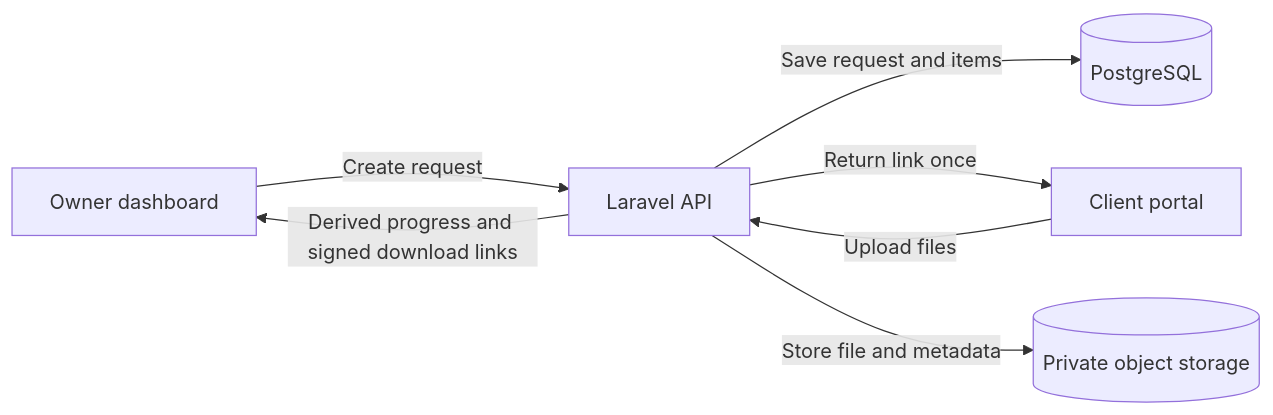
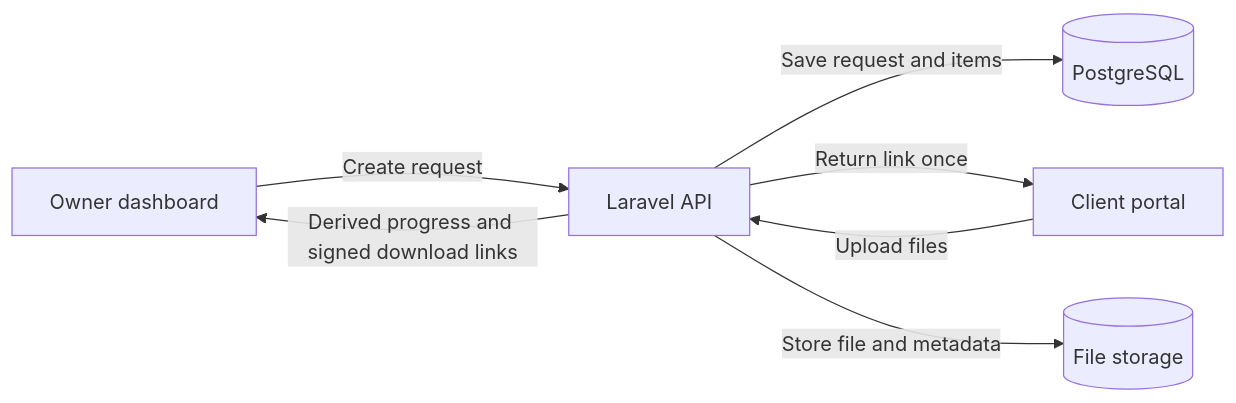
One commit to saeedhosan/sendocs changed the diagram in README.md. Above: the diagram before and after it, drawn with Mermaid. The commit also changed other lines of this file, not shown here.

````diff
--- a/README.md
+++ b/README.md
@@ -20,9 +20,9 @@
 ```mermaid
 flowchart LR
     Owner[Owner dashboard] -->|Create request| API[Laravel API]
     API -->|Save request and items| DB[(PostgreSQL)]
     API -->|Return link once| Client[Client portal]
     Client -->|Upload files| API
-    API -->|Store file and metadata| Storage[(Private object storage)]
+    API -->|Store file and metadata| Storage[(File storage)]
     API -->|Derived progress and signed download links| Owner
 ```
````
